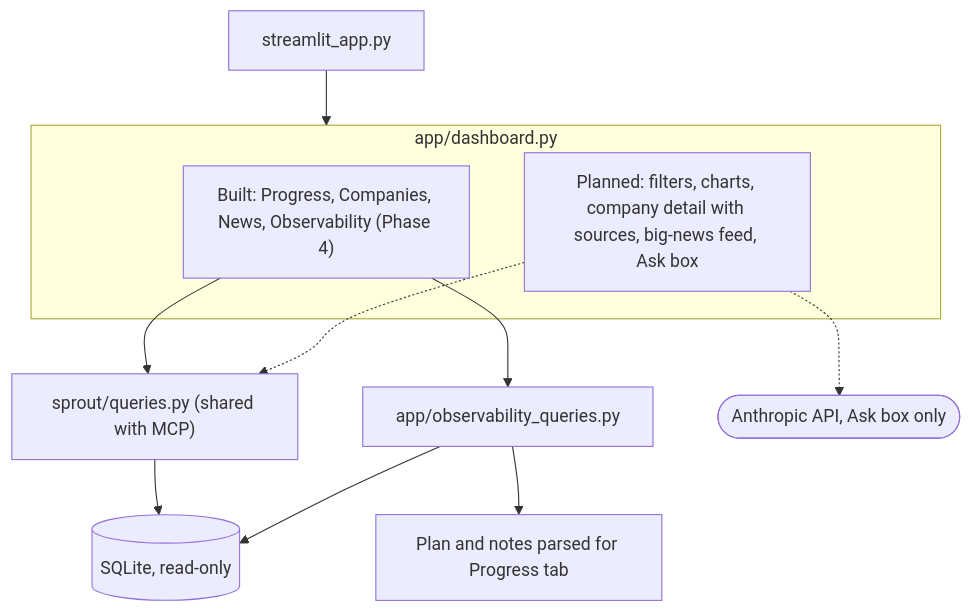
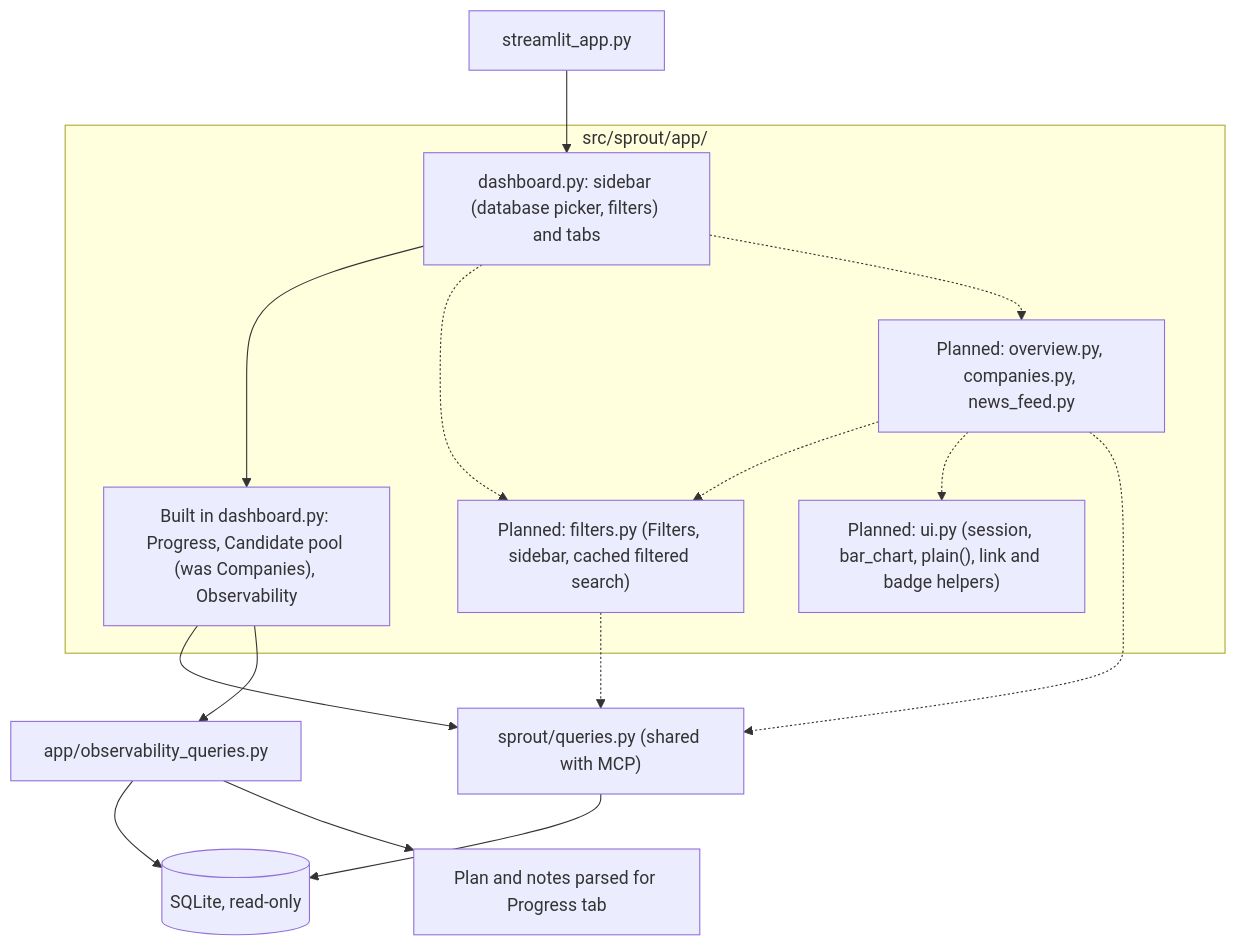
One commit to Farzaanee/sprout changed the diagram in docs/architecture/phases/phase-7-dashboard.md. Above: the diagram before and after it, drawn with Mermaid. The commit also changed other lines of this file and 5 other files, not shown here.

First line of the commit message:
Plan Phase 7 dashboard build: filters, overview, company detail, news feed

````diff
--- a/docs/architecture/phases/phase-7-dashboard.md
+++ b/docs/architecture/phases/phase-7-dashboard.md
@@ -5,21 +7,28 @@
 ```mermaid
 flowchart TB
     ENTRY["streamlit_app.py"]
-    subgraph UI["app/dashboard.py"]
-        T1["Built: Progress, Companies, News, Observability (Phase 4)"]
-        T2["Planned: filters, charts, company detail with sources, big-news feed, Ask box"]
+    subgraph UI["src/sprout/app/"]
+        SHELL["dashboard.py: sidebar (database picker, filters) and tabs"]
+        OPS["Built in dashboard.py: Progress, Candidate pool (was Companies), Observability"]
+        PAGES["Planned: overview.py, companies.py, news_feed.py"]
+        FILT["Planned: filters.py (Filters, sidebar, cached filtered search)"]
+        HELP["Planned: ui.py (session, bar_chart, plain(), link and badge helpers)"]
     end
     Q["sprout/queries.py (shared with MCP)"]
     OQ["app/observability_queries.py"]
     SQL[("SQLite, read-only")]
     DOCS["Plan and notes parsed for Progress tab"]
-    LLM(["Anthropic API, Ask box only"])
-    ENTRY --> UI
-    T1 --> Q
-    T1 --> OQ
-    T2 -.-> Q
+    ENTRY --> SHELL
+    SHELL --> OPS
+    SHELL -.-> FILT
+    SHELL -.-> PAGES
+    PAGES -.-> FILT
+    PAGES -.-> HELP
+    OPS --> Q
+    OPS --> OQ
+    FILT -.-> Q
+    PAGES -.-> Q
     Q --> SQL
     OQ --> SQL
     OQ --> DOCS
-    T2 -.-> LLM
 ```
````
